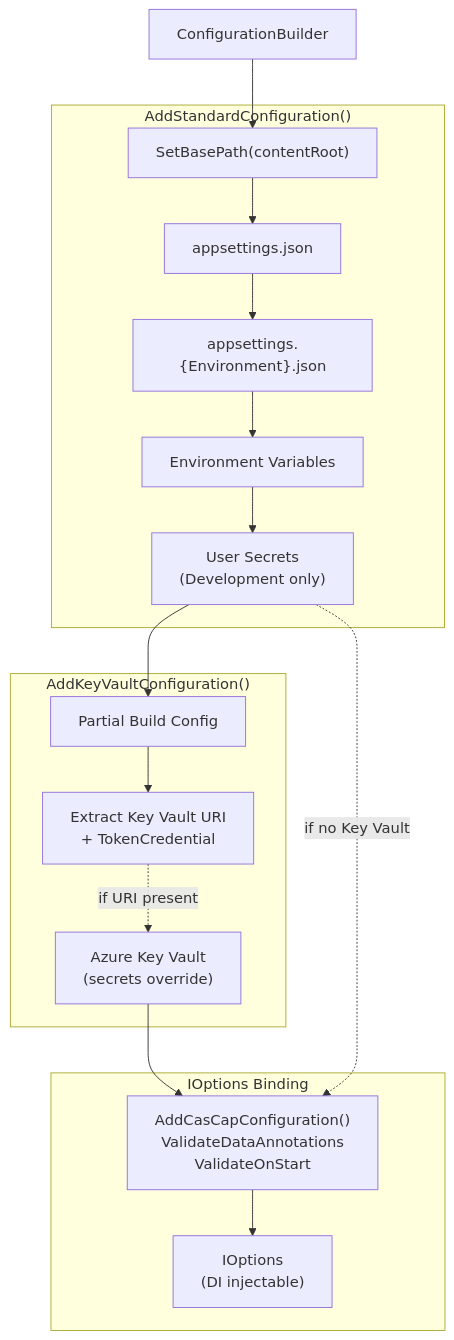
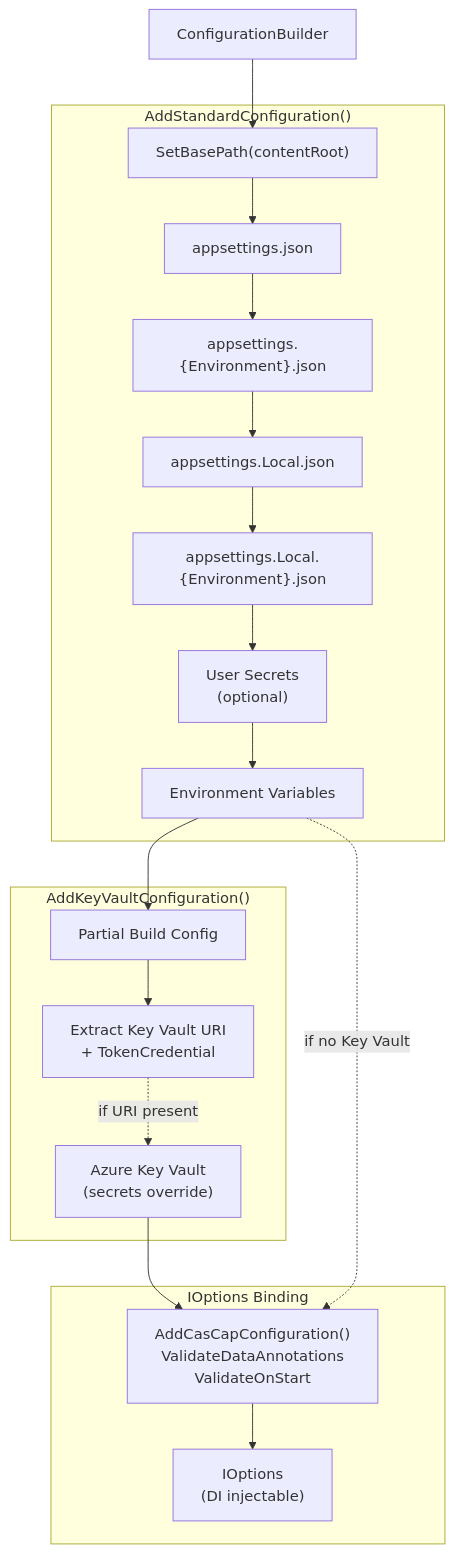
Before and after one commit to f2calv/CasCap.Common: the diagram in src/CasCap.Common.Configuration/README.md, drawn with Mermaid. The commit also changed other lines of this file and 4 other files, not shown here.

````diff
--- a/src/CasCap.Common.Configuration/README.md
+++ b/src/CasCap.Common.Configuration/README.md
@@ -43,37 +43,41 @@
 ```mermaid
 flowchart TD
     START["ConfigurationBuilder"]
 
     subgraph StandardConfig["AddStandardConfiguration()"]
         BASE["SetBasePath(contentRoot)"]
         APPSETTINGS["appsettings.json"]
         ENV_FILE["appsettings.{Environment}.json"]
+        LOCAL["appsettings.Local.json"]
+        LOCAL_ENV["appsettings.Local.{Environment}.json"]
+        SECRETS["User Secrets<br/>(optional)"]
         ENV_VARS["Environment Variables"]
-        SECRETS["User Secrets<br/>(Development only)"]
     end
 
     subgraph KeyVaultConfig["AddKeyVaultConfiguration()"]
         PARTIAL["Partial Build Config"]
         EXTRACT["Extract Key Vault URI<br/>+ TokenCredential"]
         KV["Azure Key Vault<br/>(secrets override)"]
     end
 
     subgraph Binding["IOptions Binding"]
         VALIDATE["AddCasCapConfiguration<TConfig>()<br/>ValidateDataAnnotations<br/>ValidateOnStart"]
         OPTIONS["IOptions<TConfig><br/>(DI injectable)"]
     end
 
     START --> BASE
     BASE --> APPSETTINGS
     APPSETTINGS --> ENV_FILE
-    ENV_FILE --> ENV_VARS
-    ENV_VARS --> SECRETS
+    ENV_FILE --> LOCAL
+    LOCAL --> LOCAL_ENV
+    LOCAL_ENV --> SECRETS
+    SECRETS --> ENV_VARS
 
-    SECRETS --> PARTIAL
+    ENV_VARS --> PARTIAL
     PARTIAL --> EXTRACT
     EXTRACT -."if URI present".-> KV
 
     KV --> VALIDATE
-    SECRETS -."if no Key Vault".-> VALIDATE
+    ENV_VARS -."if no Key Vault".-> VALIDATE
     VALIDATE --> OPTIONS
 ```
````
